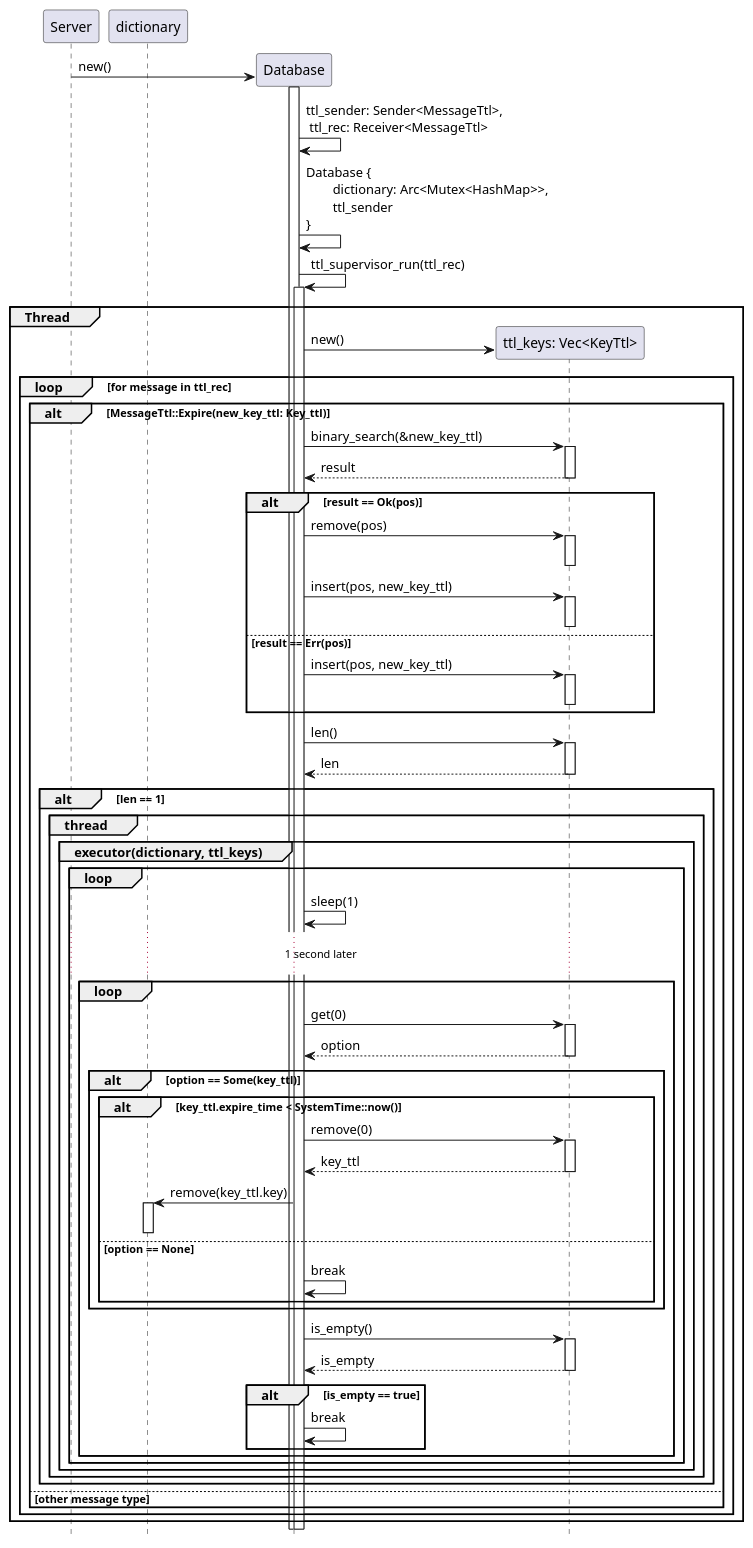
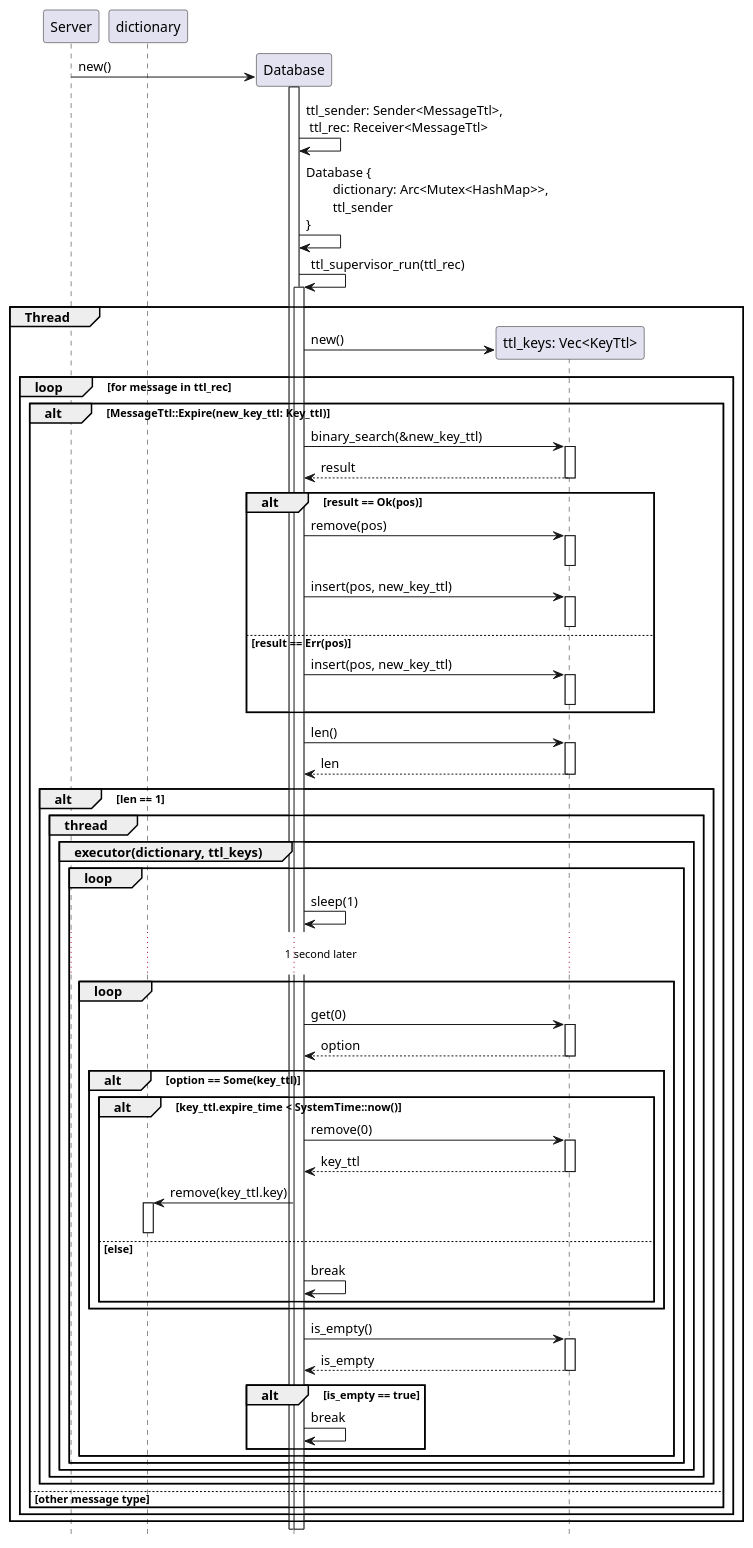
The diagram in src/Diagramas/database_init.puml (taller-1-fiuba-rust/21C1-OxidadosFC), drawn with PlantUML before and after one commit.

Commit message:
diagram database init expire case correct

```diff
--- a/src/Diagramas/database_init.puml
+++ b/src/Diagramas/database_init.puml
@@ -1,72 +1,72 @@
-@startuml database init
+@startuml database init expire case
 hide footbox
 
 participant Server order 10
 participant Database order 20
 
 Create Database
 Server -> Database++: new()
 
 Database -> Database: ttl_sender: Sender<MessageTtl>,\n ttl_rec: Receiver<MessageTtl>
 
 Database -> Database: Database {\n\tdictionary: Arc<Mutex<HashMap>>,\n\tttl_sender\n}
 Database -> Database ++: ttl_supervisor_run(ttl_rec)
 
 group Thread
     participant ttl_keys as "ttl_keys: Vec<KeyTtl>" order 25
     create ttl_keys
     Database -> ttl_keys: new()
     loop for message in ttl_rec
         alt MessageTtl::Expire(new_key_ttl: Key_ttl)
             Database -> ttl_keys++: binary_search(&new_key_ttl)
             return result
 
             alt result == Ok(pos)
                 Database -> ttl_keys ++: remove(pos)
                 deactivate
                 Database -> ttl_keys ++: insert(pos, new_key_ttl)
                 deactivate
             else result == Err(pos)
                 Database -> ttl_keys ++: insert(pos, new_key_ttl)
                 deactivate
             end
 
             Database -> ttl_keys ++: len()
             return len
 
             alt len == 1
                 group thread
                     group executor(dictionary, ttl_keys)
                         loop 
                             Database -> Database: sleep(1)
                             ...1 second later...
                             loop
                                 Database -> ttl_keys++ : get(0)
                                 return option
                                 alt option == Some(key_ttl)
                                     alt key_ttl.expire_time < SystemTime::now() 
                                         Database -> ttl_keys ++: remove(0)
                                         return key_ttl
                                         participant dictionary order 15
                                         Database -> dictionary++: remove(key_ttl.key)
                                         deactivate dictionary
-                                    else option == None
+                                    else else
                                         Database -> Database: break
                                     end
                                 end
                                 Database -> ttl_keys ++: is_empty()
                                 return is_empty
                                 alt is_empty == true
                                     Database -> Database: break
                                 end
                             end
                         end
                     end
                 end
             end
         else other message type
         end
     end
 end
 
 @enduml
```
